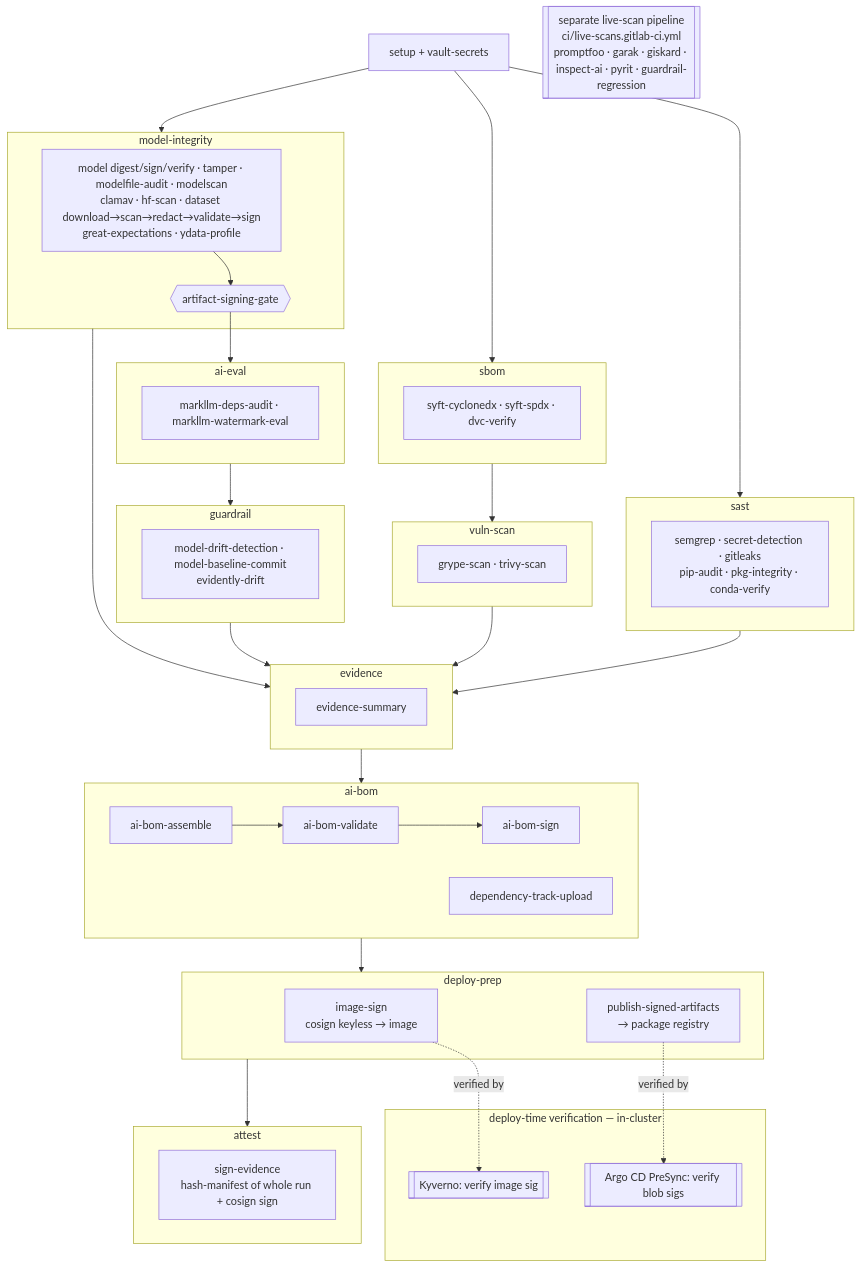
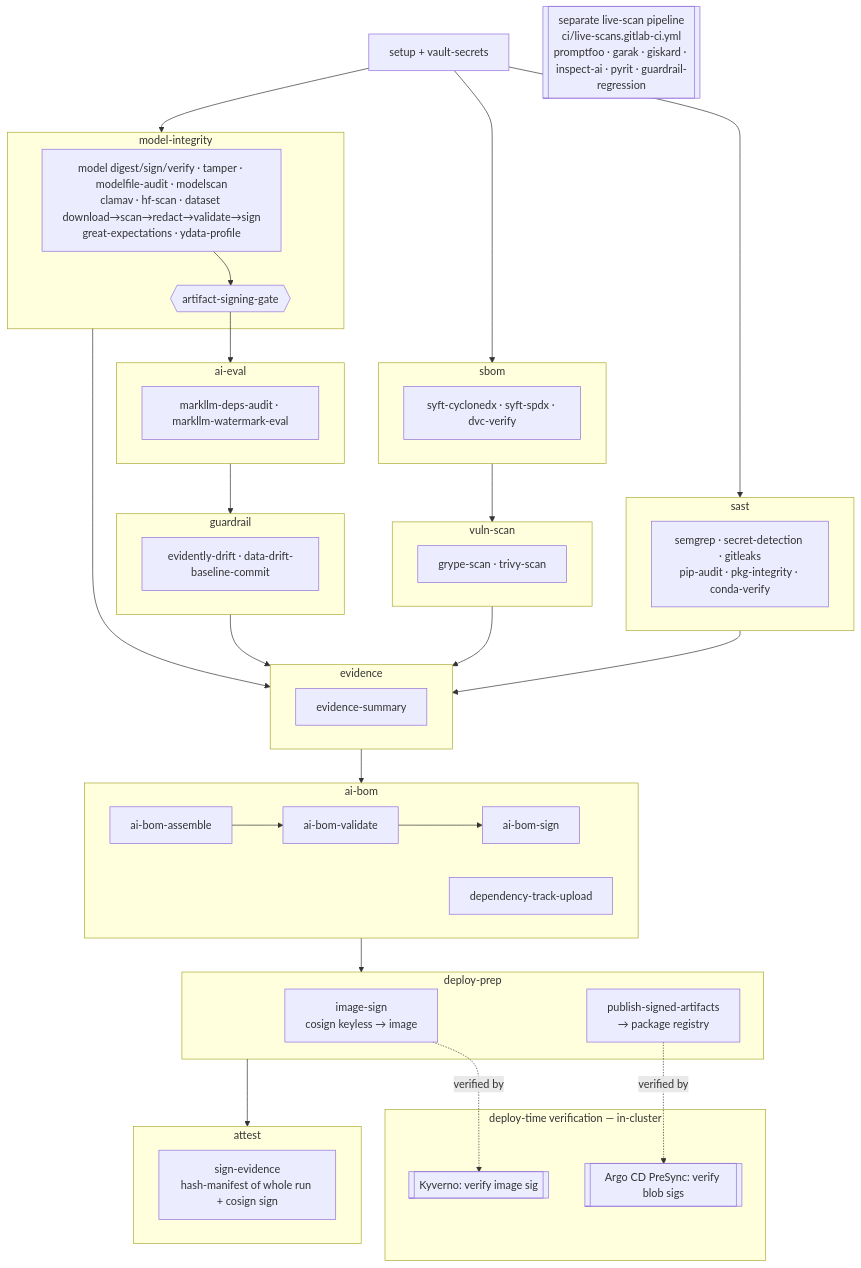
One commit to Nate-Carroll-Cyber/mlsecdevops-pipeline-example changed the diagram in docs/gaips-materials/ci/SBOM.md. Above: the diagram before and after it, drawn with Mermaid. The commit also changed 10 other files, not shown here.

````diff
--- a/docs/gaips-materials/ci/SBOM.md
+++ b/docs/gaips-materials/ci/SBOM.md
@@ -18,51 +18,51 @@
 ```mermaid
 flowchart TD
     setup[setup + vault-secrets]
     subgraph SAST [sast]
       s1[semgrep · secret-detection · gitleaks<br/>pip-audit · pkg-integrity · conda-verify]
     end
     subgraph SBOM [sbom]
       s2[syft-cyclonedx · syft-spdx · dvc-verify]
     end
     subgraph VULN [vuln-scan]
       s3[grype-scan · trivy-scan]
     end
     subgraph MI [model-integrity]
       s4[model digest/sign/verify · tamper · modelfile-audit · modelscan<br/>clamav · hf-scan · dataset download→scan→redact→validate→sign<br/>great-expectations · ydata-profile]
       g{{artifact-signing-gate}}
       s4 --> g
     end
     subgraph EVAL [ai-eval]
       s5[markllm-deps-audit · markllm-watermark-eval]
     end
     subgraph GUARD [guardrail]
-      s6[model-drift-detection · model-baseline-commit<br/>evidently-drift]
+      s6[evidently-drift · data-drift-baseline-commit]
     end
     s_live[[separate live-scan pipeline<br/>ci/live-scans.gitlab-ci.yml<br/>promptfoo · garak · giskard · inspect-ai · pyrit · guardrail-regression]]
     subgraph EVID [evidence]
       s7[evidence-summary]
     end
     subgraph AIBOM [ai-bom]
       a1[ai-bom-assemble] --> a2[ai-bom-validate] --> a3[ai-bom-sign]
       a5[dependency-track-upload]
     end
     subgraph DEPLOY [deploy-prep]
       d1[image-sign<br/>cosign keyless → image]
       d2[publish-signed-artifacts<br/>→ package registry]
     end
     subgraph ATTEST [attest]
       at1[sign-evidence<br/>hash-manifest of whole run + cosign sign]
     end
     subgraph VERIFY [deploy-time verification — in-cluster]
       v1[[Kyverno: verify image sig]]
       v2[[Argo CD PreSync: verify blob sigs]]
     end
 
     setup --> SAST & SBOM & MI
     SBOM --> VULN
     g --> EVAL --> GUARD
     SAST & VULN & GUARD & MI --> EVID
     EVID --> AIBOM --> DEPLOY --> ATTEST
     d1 -. "verified by" .-> v1
     d2 -. "verified by" .-> v2
 ```
````
